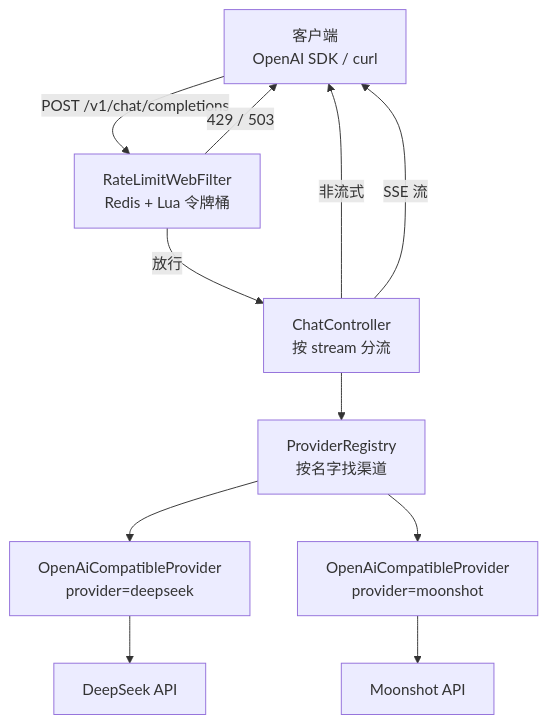
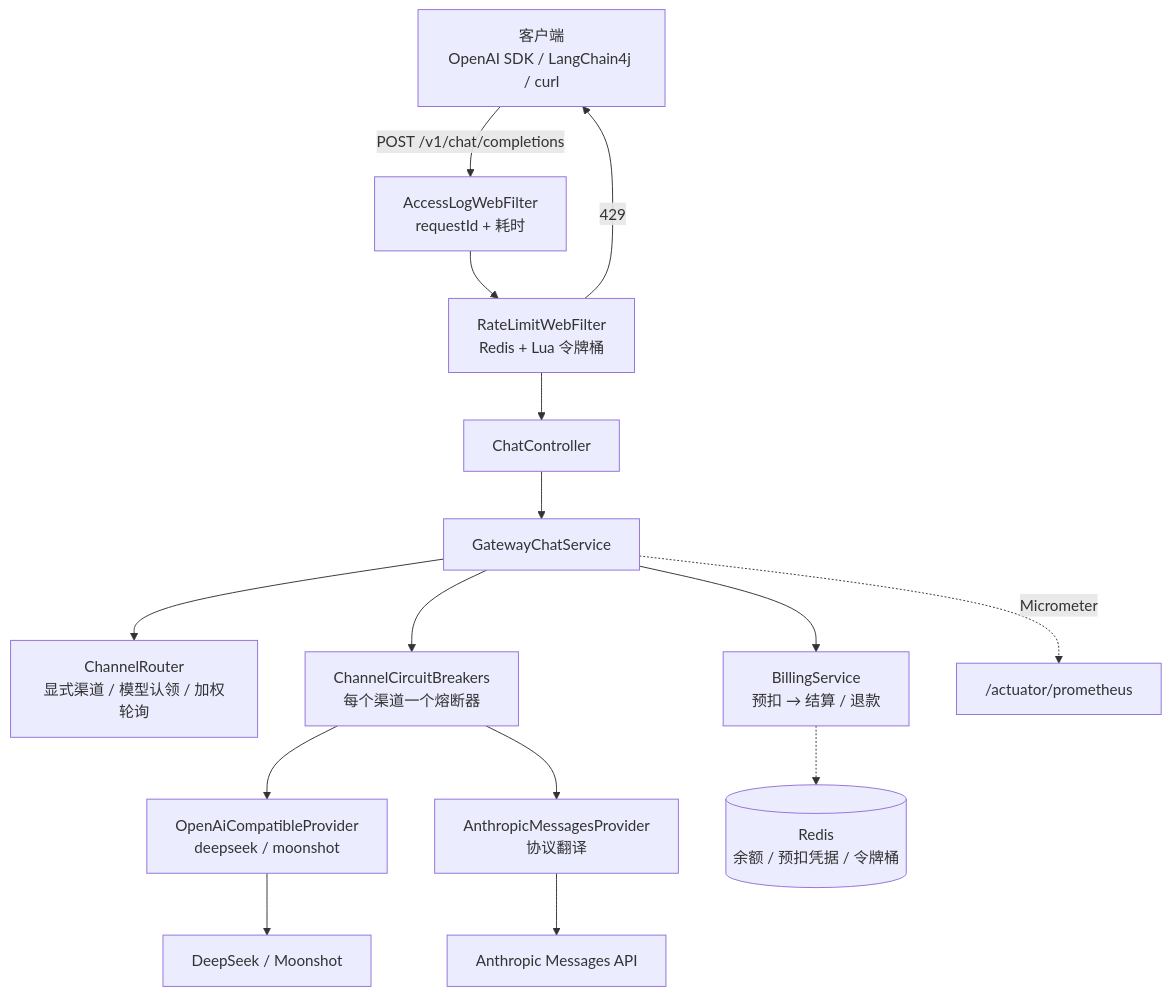
Before and after one commit to maixiaowen111/llm-gateway: the diagram in README.md, drawn with Mermaid. The commit also changed other lines of this file, not shown here.

````diff
--- a/README.md
+++ b/README.md
@@ -64,13 +65,18 @@
 ```mermaid
-graph TD
-    C["客户端<br/>OpenAI SDK / curl"] -->|"POST /v1/chat/completions"| F["RateLimitWebFilter<br/>Redis + Lua 令牌桶"]
-    F -->|"放行"| CC["ChatController<br/>按 stream 分流"]
-    F -->|"429 / 503"| C
-    CC --> REG["ProviderRegistry<br/>按名字找渠道"]
-    REG --> P1["OpenAiCompatibleProvider<br/>provider=deepseek"]
-    REG --> P2["OpenAiCompatibleProvider<br/>provider=moonshot"]
-    P1 --> U1["DeepSeek API"]
-    P2 --> U2["Moonshot API"]
-    CC -->|"非流式"| C
-    CC -->|"SSE 流"| C
+flowchart TD
+    C["客户端<br/>OpenAI SDK / LangChain4j / curl"]
+    C -->|"POST /v1/chat/completions"| LOG["AccessLogWebFilter<br/>requestId + 耗时"]
+    LOG --> RL["RateLimitWebFilter<br/>Redis + Lua 令牌桶"]
+    RL -->|"429"| C
+    RL --> CT["ChatController"]
+    CT --> SVC["GatewayChatService"]
+    SVC --> ROUTER["ChannelRouter<br/>显式渠道 / 模型认领 / 加权轮询"]
+    SVC --> BILL["BillingService<br/>预扣 → 结算 / 退款"]
+    SVC --> CB["ChannelCircuitBreakers<br/>每个渠道一个熔断器"]
+    CB --> P1["OpenAiCompatibleProvider<br/>deepseek / moonshot"]
+    CB --> P2["AnthropicMessagesProvider<br/>协议翻译"]
+    P1 --> U1["DeepSeek / Moonshot"]
+    P2 --> U2["Anthropic Messages API"]
+    SVC -.->|"Micrometer"| MET["/actuator/prometheus"]
+    BILL -.-> R[("Redis<br/>余额 / 预扣凭据 / 令牌桶")]
 ```
````
